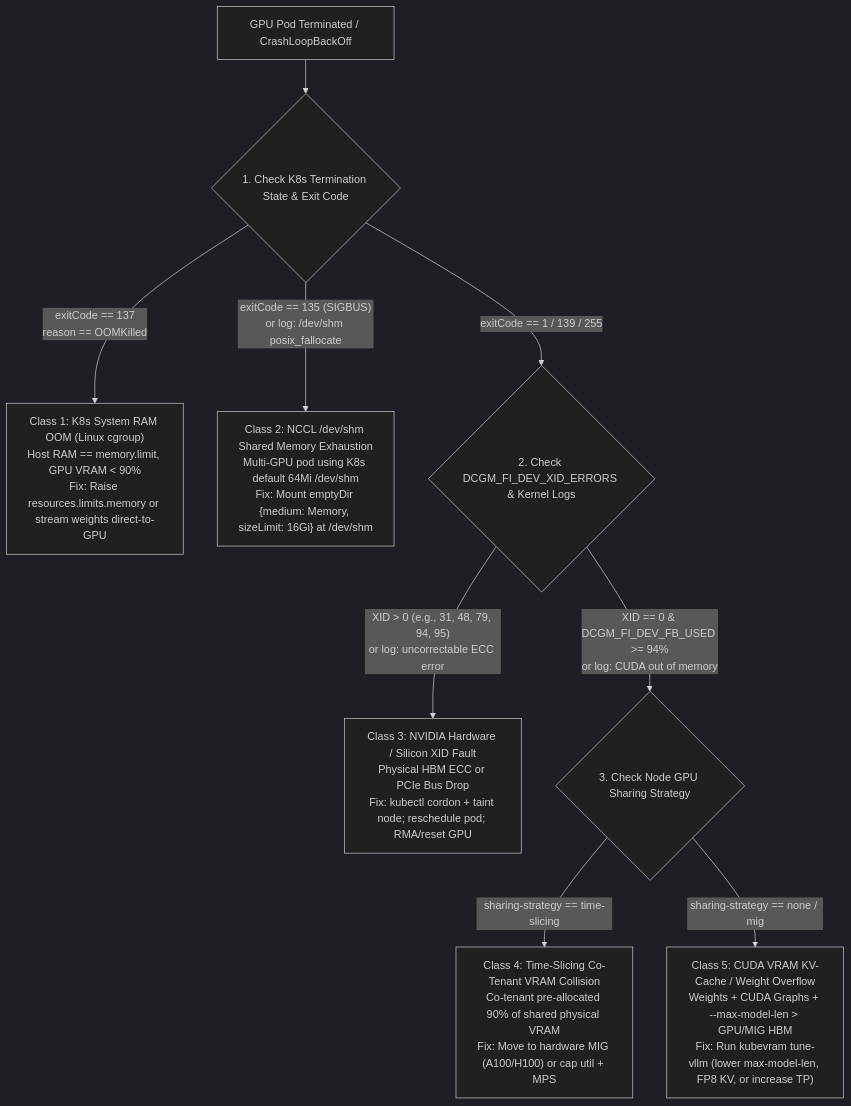
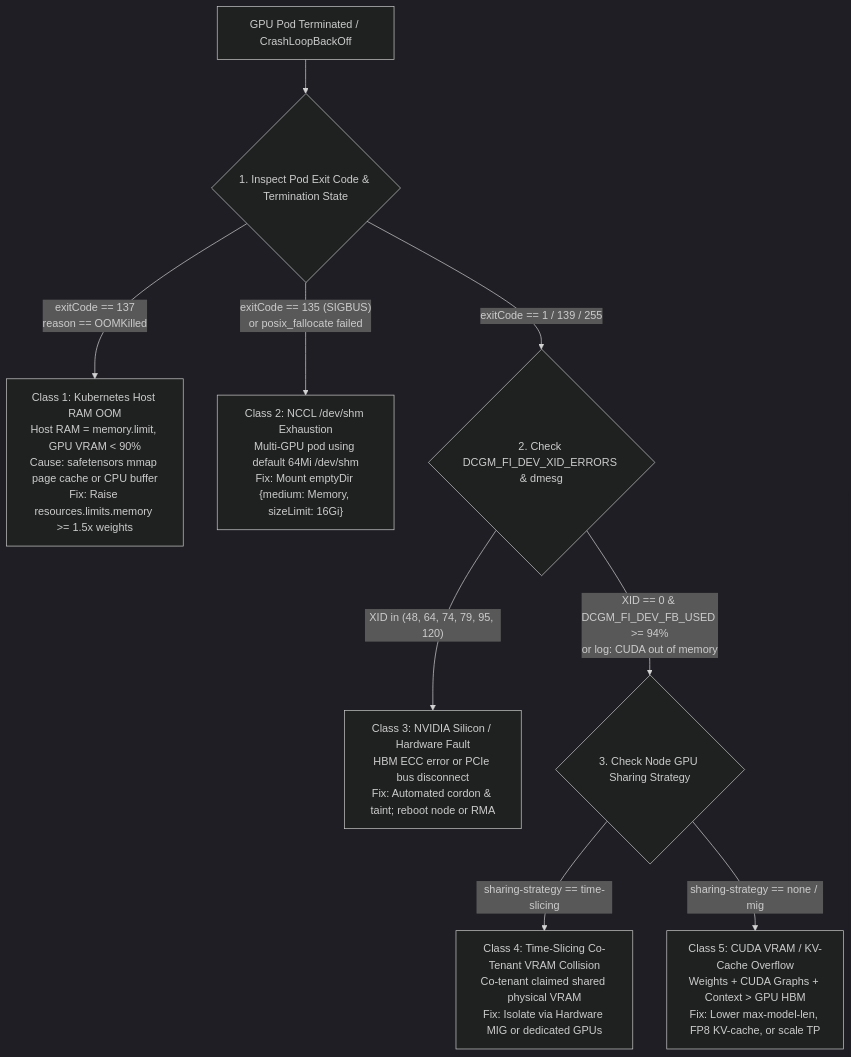
The fourth of 4 diagrams in docs/05-observability-and-telemetry.md (xsub/AiOps_on_K8S_Fundamentals_n_Practicies), drawn with Mermaid (dark theme) before and after one commit. The commit also changed other lines of this file and 20 other files, not shown here.

````diff
--- a/docs/05-observability-and-telemetry.md
+++ b/docs/05-observability-and-telemetry.md
@@ -60,18 +204,18 @@
 ```mermaid
 flowchart TD
-    Crash["GPU Pod Terminated / CrashLoopBackOff"] --> Step1{"1. Check K8s Termination State & Exit Code"}
+    Crash["GPU Pod Terminated / CrashLoopBackOff"] --> Step1{"1. Inspect Pod Exit Code & Termination State"}
 
-    Step1 -- "exitCode == 137\nreason == OOMKilled" --> C1["Class 1: K8s System RAM OOM (Linux cgroup)\nHost RAM == memory.limit, GPU VRAM < 90%\nFix: Raise resources.limits.memory or stream weights direct-to-GPU"]
+    Step1 -- "exitCode == 137\nreason == OOMKilled" --> C1["Class 1: Kubernetes Host RAM OOM\nHost RAM = memory.limit, GPU VRAM < 90%\nCause: safetensors mmap page cache or CPU buffer\nFix: Raise resources.limits.memory >= 1.5x weights"]
 
-    Step1 -- "exitCode == 135 (SIGBUS)\nor log: /dev/shm posix_fallocate" --> C2["Class 2: NCCL /dev/shm Shared Memory Exhaustion\nMulti-GPU pod using K8s default 64Mi /dev/shm\nFix: Mount emptyDir {medium: Memory, sizeLimit: 16Gi} at /dev/shm"]
+    Step1 -- "exitCode == 135 (SIGBUS)\nor posix_fallocate failed" --> C2["Class 2: NCCL /dev/shm Exhaustion\nMulti-GPU pod using default 64Mi /dev/shm\nFix: Mount emptyDir {medium: Memory, sizeLimit: 16Gi}"]
 
-    Step1 -- "exitCode == 1 / 139 / 255" --> Step2{"2. Check DCGM_FI_DEV_XID_ERRORS & Kernel Logs"}
+    Step1 -- "exitCode == 1 / 139 / 255" --> Step2{"2. Check DCGM_FI_DEV_XID_ERRORS & dmesg"}
 
-    Step2 -- "XID > 0 (e.g., 31, 48, 79, 94, 95)\nor log: uncorrectable ECC error" --> C3["Class 3: NVIDIA Hardware / Silicon XID Fault\nPhysical HBM ECC or PCIe Bus Drop\nFix: kubectl cordon + taint node; reschedule pod; RMA/reset GPU"]
+    Step2 -- "XID in (48, 64, 74, 79, 95, 120)" --> C3["Class 3: NVIDIA Silicon / Hardware Fault\nHBM ECC error or PCIe bus disconnect\nFix: Automated cordon & taint; reboot node or RMA"]
 
     Step2 -- "XID == 0 & DCGM_FI_DEV_FB_USED >= 94%\nor log: CUDA out of memory" --> Step3{"3. Check Node GPU Sharing Strategy"}
 
-    Step3 -- "sharing-strategy == time-slicing" --> C4["Class 4: Time-Slicing Co-Tenant VRAM Collision\nCo-tenant pre-allocated 90% of shared physical VRAM\nFix: Move to hardware MIG (A100/H100) or cap util + MPS"]
+    Step3 -- "sharing-strategy == time-slicing" --> C4["Class 4: Time-Slicing Co-Tenant VRAM Collision\nCo-tenant claimed shared physical VRAM\nFix: Isolate via Hardware MIG or dedicated GPUs"]
 
-    Step3 -- "sharing-strategy == none / mig" --> C5["Class 5: CUDA VRAM KV-Cache / Weight Overflow\nWeights + CUDA Graphs + --max-model-len > GPU/MIG HBM\nFix: Run kubevram tune-vllm (lower max-model-len, FP8 KV, or increase TP)"]
+    Step3 -- "sharing-strategy == none / mig" --> C5["Class 5: CUDA VRAM / KV-Cache Overflow\nWeights + CUDA Graphs + Context > GPU HBM\nFix: Lower max-model-len, FP8 KV-cache, or scale TP"]
 ```
````
